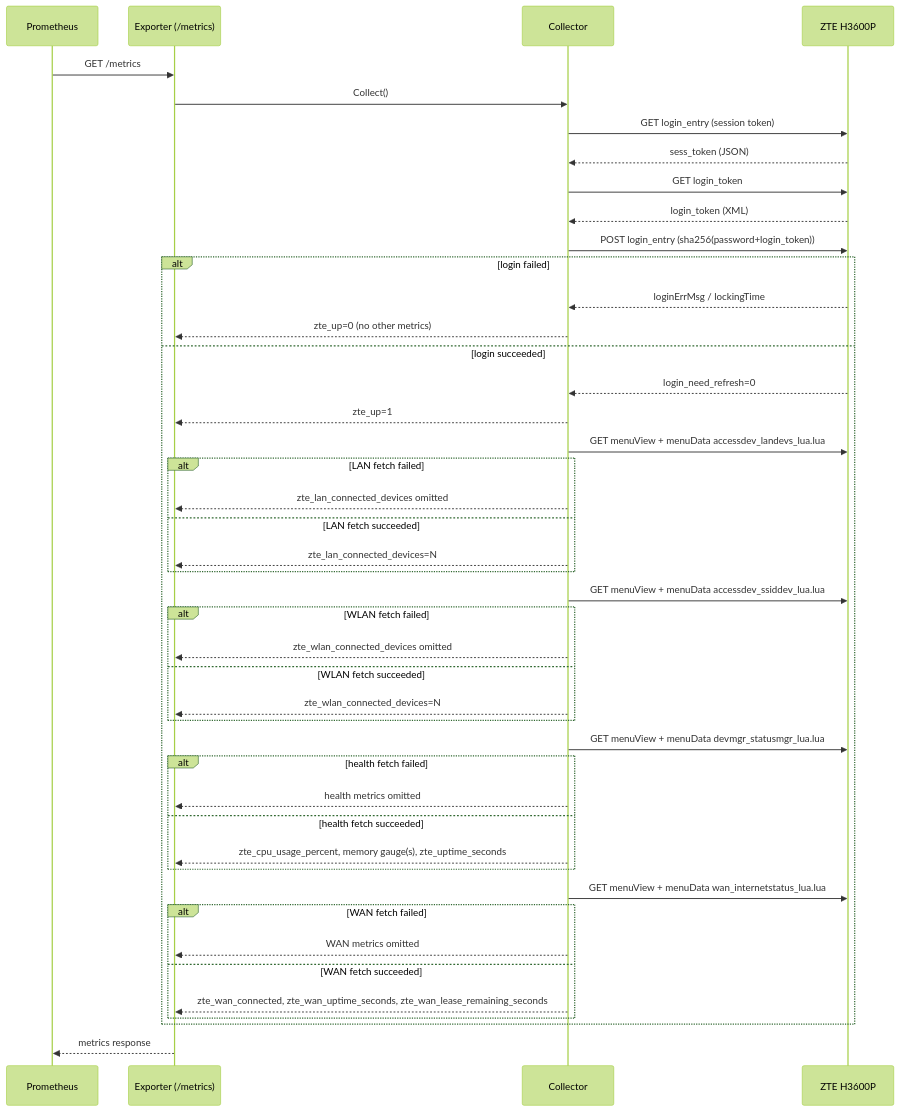
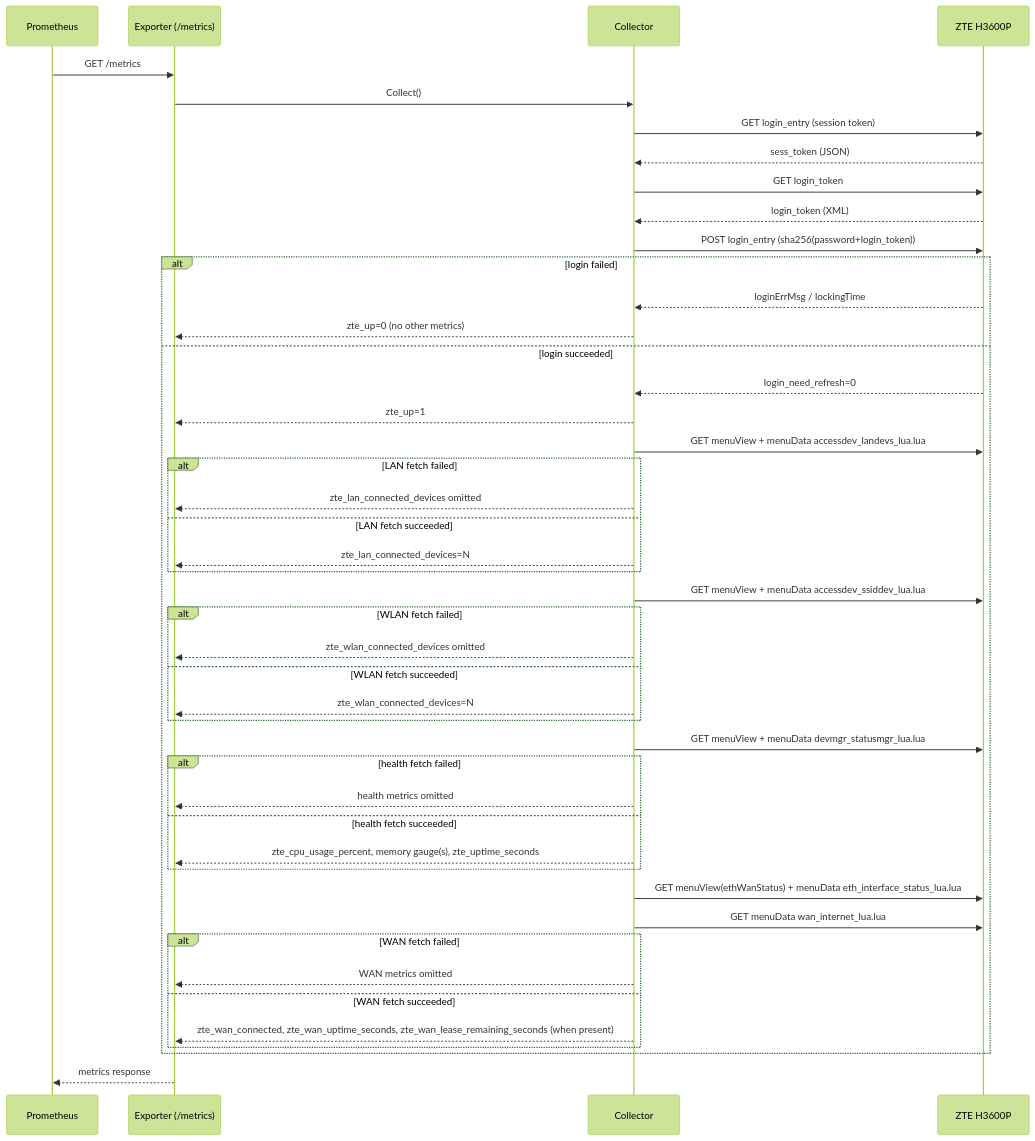
The diagram in docs/flows.md (cristianat98/ZTE-Exporter), drawn with Mermaid (forest theme) before and after one commit. The commit also changed other lines of this file and 5 other files, not shown here.

First line of the commit message:
fix(zteclient): fetch WAN interface data before status, add uplink params

````diff
--- a/docs/flows.md
+++ b/docs/flows.md
@@ -8,47 +8,48 @@
 ```mermaid
 sequenceDiagram
     participant Prometheus
     participant Exporter as Exporter (/metrics)
     participant Collector
     participant Router as ZTE H3600P
 
     Prometheus->>Exporter: GET /metrics
     Exporter->>Collector: Collect()
     Collector->>Router: GET login_entry (session token)
     Router-->>Collector: sess_token (JSON)
     Collector->>Router: GET login_token
     Router-->>Collector: login_token (XML)
     Collector->>Router: POST login_entry (sha256(password+login_token))
     alt login failed
         Router-->>Collector: loginErrMsg / lockingTime
         Collector-->>Exporter: zte_up=0 (no other metrics)
     else login succeeded
         Router-->>Collector: login_need_refresh=0
         Collector-->>Exporter: zte_up=1
         Collector->>Router: GET menuView + menuData accessdev_landevs_lua.lua
         alt LAN fetch failed
             Collector-->>Exporter: zte_lan_connected_devices omitted
         else LAN fetch succeeded
             Collector-->>Exporter: zte_lan_connected_devices=N
         end
         Collector->>Router: GET menuView + menuData accessdev_ssiddev_lua.lua
         alt WLAN fetch failed
             Collector-->>Exporter: zte_wlan_connected_devices omitted
         else WLAN fetch succeeded
             Collector-->>Exporter: zte_wlan_connected_devices=N
         end
         Collector->>Router: GET menuView + menuData devmgr_statusmgr_lua.lua
         alt health fetch failed
             Collector-->>Exporter: health metrics omitted
         else health fetch succeeded
             Collector-->>Exporter: zte_cpu_usage_percent, memory gauge(s), zte_uptime_seconds
         end
-        Collector->>Router: GET menuView + menuData wan_internetstatus_lua.lua
+        Collector->>Router: GET menuView(ethWanStatus) + menuData eth_interface_status_lua.lua
+        Collector->>Router: GET menuData wan_internet_lua.lua
         alt WAN fetch failed
             Collector-->>Exporter: WAN metrics omitted
         else WAN fetch succeeded
-            Collector-->>Exporter: zte_wan_connected, zte_wan_uptime_seconds, zte_wan_lease_remaining_seconds
+            Collector-->>Exporter: zte_wan_connected, zte_wan_uptime_seconds, zte_wan_lease_remaining_seconds (when present)
         end
     end
     Exporter-->>Prometheus: metrics response
 ```
````
